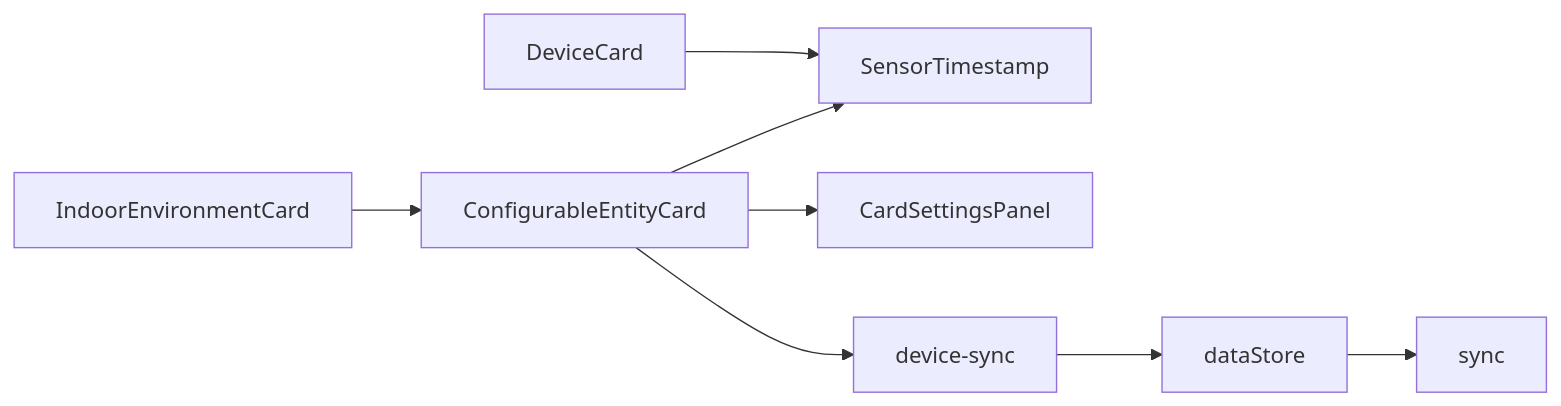
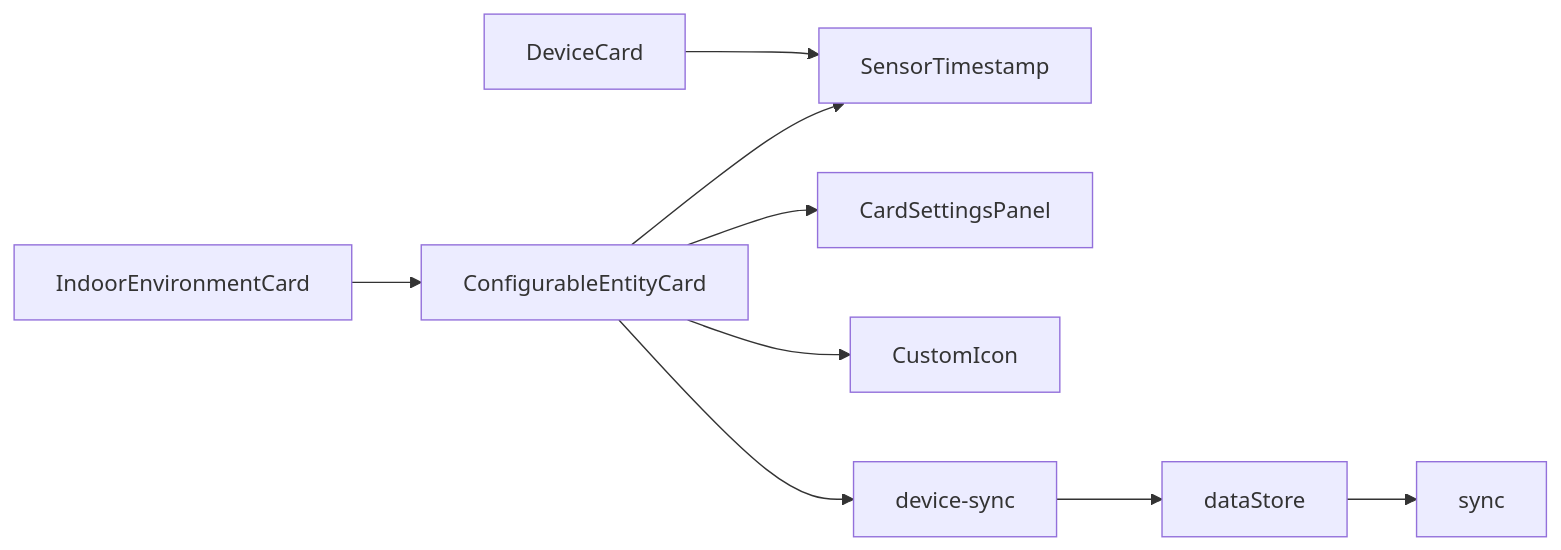
The eighth of 8 diagrams in .qoder/repowiki/zh/content/设备控制模块/传感器监控系统.md (skyeyinkun/HAUI), drawn with Mermaid before and after one commit. The commit also changed other lines of this file and 23 other files, not shown here.

````diff
--- a/.qoder/repowiki/zh/content/设备控制模块/传感器监控系统.md
+++ b/.qoder/repowiki/zh/content/设备控制模块/传感器监控系统.md
@@ -367,10 +428,11 @@
 ```mermaid
 graph LR
 IE["IndoorEnvironmentCard"] --> CEC["ConfigurableEntityCard"]
 CEC --> ST["SensorTimestamp"]
 CEC --> CSP["CardSettingsPanel"]
+CEC --> CI["CustomIcon"]
 DC["DeviceCard"] --> ST
 CEC --> DS["device-sync"]
 DS --> STO["dataStore"]
 STO --> SY["sync"]
 ```
````
